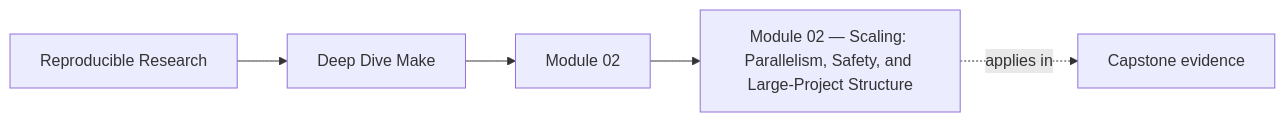
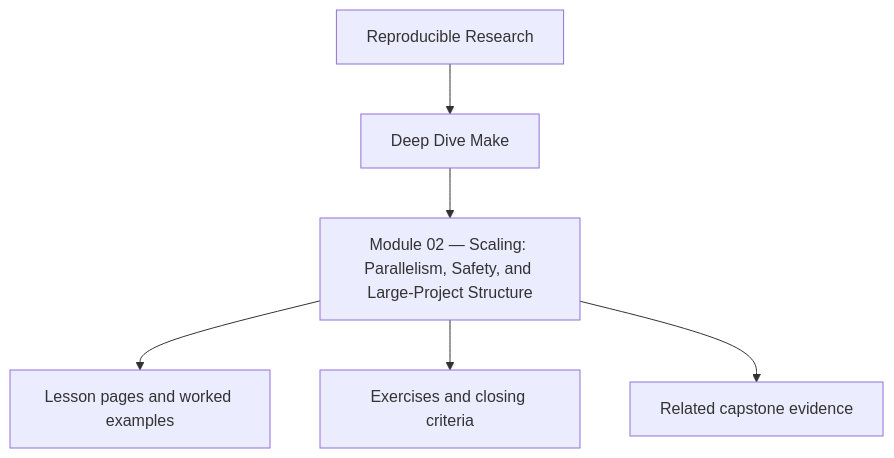
Before and after one commit to bijux/bijux-masterclass: the first of 2 diagrams in programs/reproducible-research/deep-dive-make/course-book/module-02-parallel-safety-and-project-structure/index.md, drawn with Mermaid. The commit also changed other lines of this file and 10 other files, not shown here.

Commit message:
docs(deep-dive-make): reposition module overview diagrams

````diff
--- a/programs/reproducible-research/deep-dive-make/course-book/module-02-parallel-safety-and-project-structure/index.md
+++ b/programs/reproducible-research/deep-dive-make/course-book/module-02-parallel-safety-and-project-structure/index.md
@@ -8,11 +8,8 @@
 ```mermaid
-graph LR
-  family["Reproducible Research"]
-  program["Deep Dive Make"]
-  section["Module 02"]
-  page["Module 02 — Scaling: Parallelism, Safety, and Large-Project Structure"]
-  capstone["Capstone evidence"]
-
-  family --> program --> section --> page
-  page -.applies in.-> capstone
+flowchart TD
+  family["Reproducible Research"] --> program["Deep Dive Make"]
+  program --> module["Module 02 — Scaling: Parallelism, Safety, and Large-Project Structure"]
+  module --> lessons["Lesson pages and worked examples"]
+  module --> checkpoints["Exercises and closing criteria"]
+  module --> capstone["Related capstone evidence"]
 ```
````
